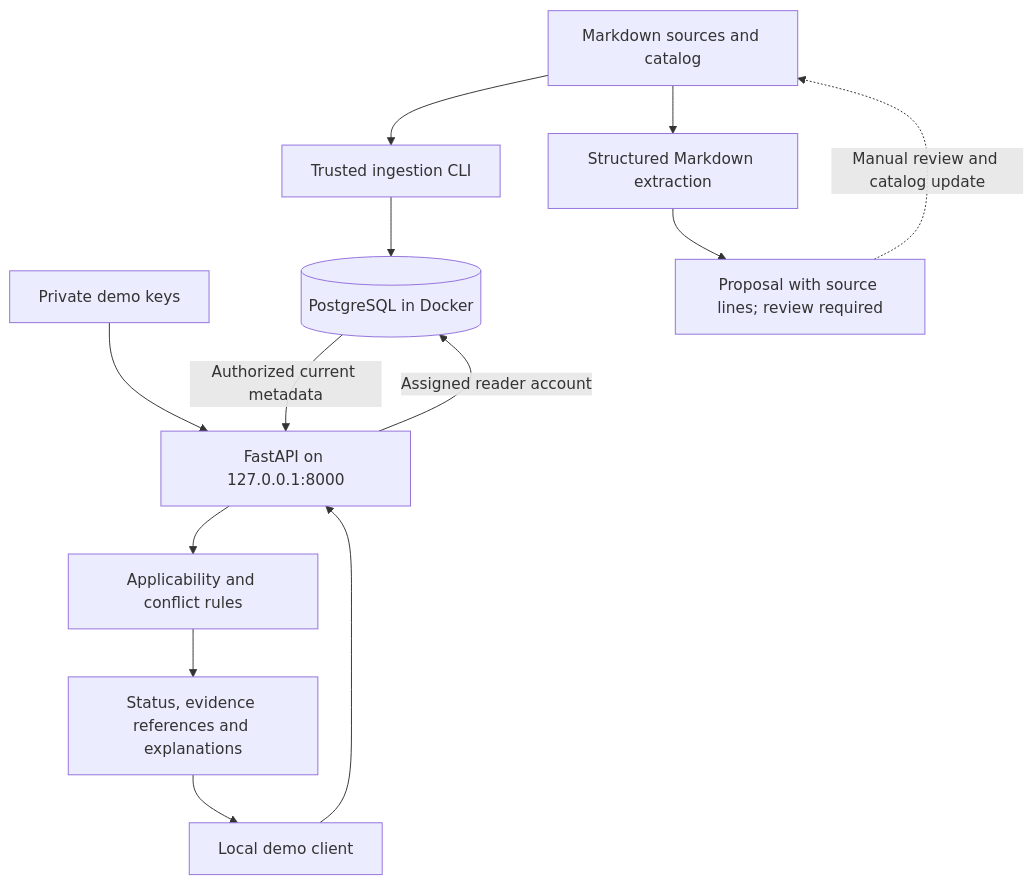
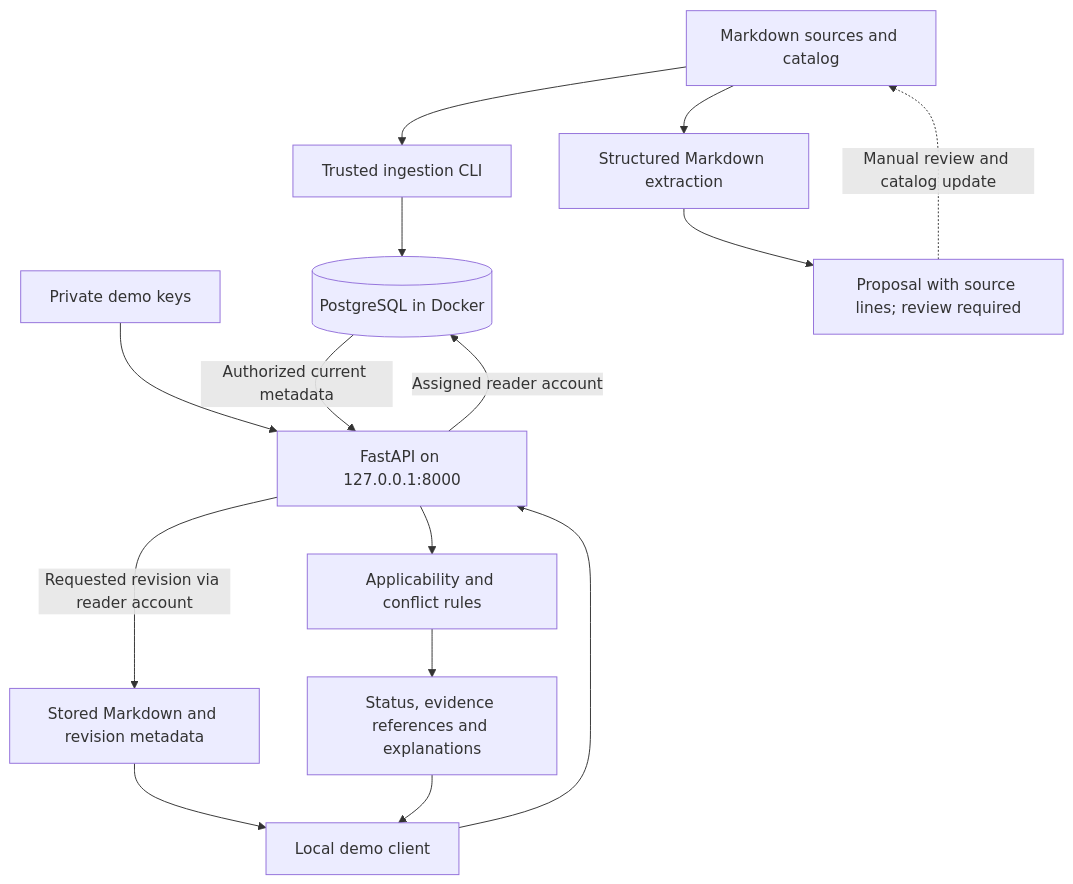
One commit to Asritha7/opslens-ai changed the diagram in docs/architecture.md. Above: the diagram before and after it, drawn with Mermaid. The commit also changed other lines of this file and 5 other files, not shown here.

Commit message:
docs(api): explain revision retrieval and historical access policy

````diff
--- a/docs/architecture.md
+++ b/docs/architecture.md
@@ -5,15 +5,17 @@
 ```mermaid
 flowchart TD
     Source["Markdown sources and catalog"] --> Ingest["Trusted ingestion CLI"]
     Ingest --> DB[("PostgreSQL in Docker")]
     Client["Local demo client"] --> API["FastAPI on 127.0.0.1:8000"]
     Keys["Private demo keys"] --> API
     API -->|"Assigned reader account"| DB
     DB -->|"Authorized current metadata"| API
+    API -->|"Requested revision via reader account"| Evidence["Stored Markdown and revision metadata"]
+    Evidence --> Client
     API --> Selector["Applicability and conflict rules"]
     Selector --> Result["Status, evidence references and explanations"]
     Result --> Client
     Source --> Extract["Structured Markdown extraction"]
     Extract --> Proposal["Proposal with source lines; review required"]
     Proposal -.->|"Manual review and catalog update"| Source
 ```
````
